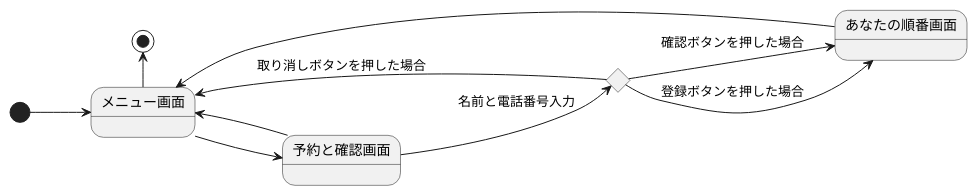
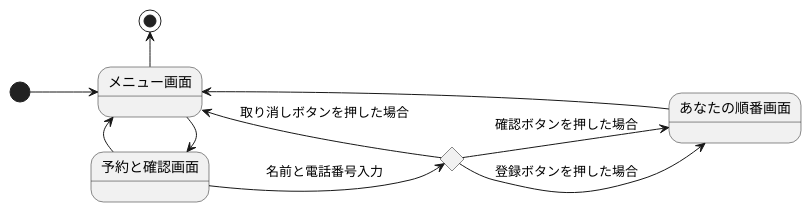
The diagram in 演習6-3_ステートマシン図_診察予約システム.pu (papipuponpon/uml-introduction), drawn with PlantUML before and after one commit. The commit also changed 7 other files, not shown here.

```diff
--- a/演習6-3_ステートマシン図_診察予約システム.pu
+++ b/演習6-3_ステートマシン図_診察予約システム.pu
@@ -1,13 +1,13 @@
 @startuml
 left to right direction
-[*] --> メニュー画面
-メニュー画面 --> 予約と確認画面
-予約と確認画面 --> メニュー画面
+[*] -down-> メニュー画面
+メニュー画面 -right-> 予約と確認画面
+予約と確認画面 -left-> メニュー画面
 state c <<choice>>
 予約と確認画面 --> c: 名前と電話番号入力
 c -up-> あなたの順番画面: 登録ボタンを押した場合
 c -right-> メニュー画面: 取り消しボタンを押した場合
 c -right-> あなたの順番画面: 確認ボタンを押した場合
 あなたの順番画面 --> メニュー画面
 メニュー画面 --left--> [*]
 @enduml
```
